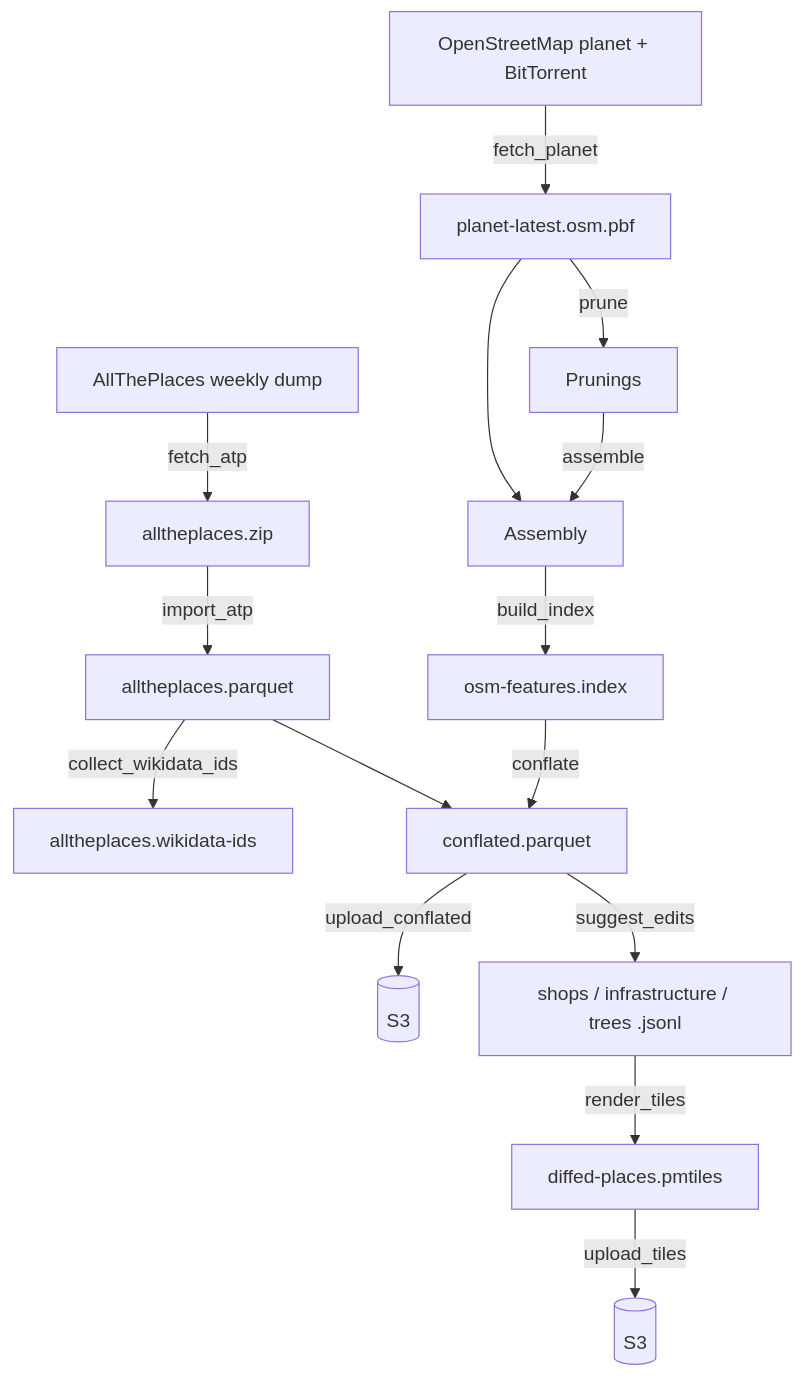
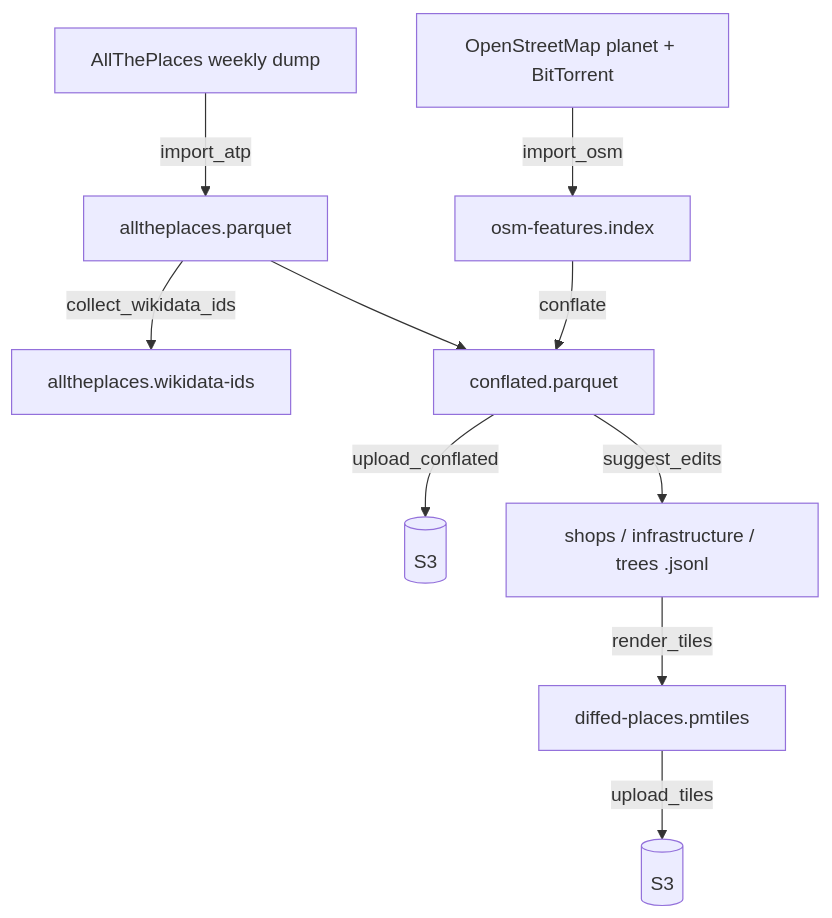
The diagram in docs/TECHNICAL_DESIGN.md (alltheplaces/osm-diffs), drawn with Mermaid before and after one commit. The commit also changed other lines of this file, not shown here.

````diff
--- a/docs/TECHNICAL_DESIGN.md
+++ b/docs/TECHNICAL_DESIGN.md
@@ -129,22 +137,17 @@
 ```mermaid
 graph TD
     ATP_SRC[AllThePlaces weekly dump]
     OSM_SRC[OpenStreetMap planet + BitTorrent]
 
-    ATP_SRC -->|fetch_atp| ATP_ZIP[alltheplaces.zip]
-    ATP_ZIP -->|import_atp| ATP_PARQUET[alltheplaces.parquet]
+    ATP_SRC -->|import_atp| ATP_PARQUET[alltheplaces.parquet]
     ATP_PARQUET -->|collect_wikidata_ids| WIKIDATA[alltheplaces.wikidata-ids]
 
-    OSM_SRC -->|fetch_planet| PBF[planet-latest.osm.pbf]
-    PBF -->|prune| PRUNINGS[Prunings]
-    PBF --> ASSEMBLE
-    PRUNINGS -->|assemble| ASSEMBLE[Assembly]
-    ASSEMBLE -->|build_index| OSM_INDEX[osm-features.index]
+    OSM_SRC -->|import_osm| OSM_INDEX[osm-features.index]
 
     ATP_PARQUET --> CONFLATE
     OSM_INDEX -->|conflate| CONFLATE[conflated.parquet]
     CONFLATE -->|upload_conflated| S3A[(S3)]
     CONFLATE -->|suggest_edits| LAYERS[shops / infrastructure / trees .jsonl]
     LAYERS -->|render_tiles| PMTILES[diffed-places.pmtiles]
     PMTILES -->|upload_tiles| S3B[(S3)]
 ```
````
